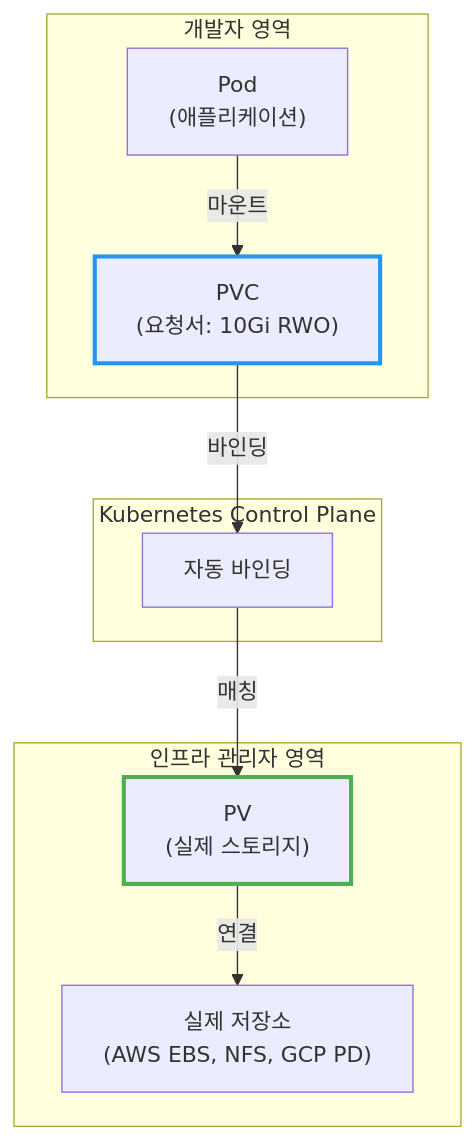
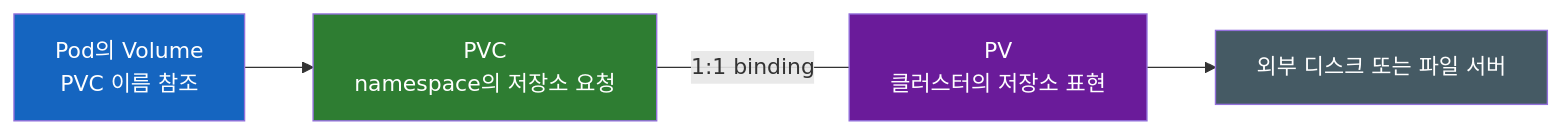
The diagram in kubernetes/Kubernetes-Volume-PersistentVolume.md (sskim91/TIL), drawn with Mermaid before and after one commit. The commit also changed other lines of this file and 39 other files, not shown here.

````diff
--- a/kubernetes/Kubernetes-Volume-PersistentVolume.md
+++ b/kubernetes/Kubernetes-Volume-PersistentVolume.md
@@ -9,24 +66,10 @@
 ```mermaid
-flowchart TB
-    subgraph "개발자 영역"
-        Pod["Pod<br>(애플리케이션)"]
-        PVC["PVC<br>(요청서: 10Gi RWO)"]
-    end
-
-    subgraph "Kubernetes Control Plane"
-        Bind["자동 바인딩"]
-    end
-
-    subgraph "인프라 관리자 영역"
-        PV["PV<br>(실제 스토리지)"]
-        Storage["실제 저장소<br>(AWS EBS, NFS, GCP PD)"]
-    end
-
-    Pod -->|"마운트"| PVC
-    PVC -->|"바인딩"| Bind
-    Bind -->|"매칭"| PV
-    PV -->|"연결"| Storage
-
-    style PVC stroke:#2196F3,stroke-width:3px
-    style PV stroke:#4CAF50,stroke-width:3px
+flowchart LR
+    Pod["Pod의 Volume<br>PVC 이름 참조"] --> PVC["PVC<br>namespace의 저장소 요청"]
+    PVC ---|"1:1 binding"| PV["PV<br>클러스터의 저장소 표현"]
+    PV --> Storage["외부 디스크 또는 파일 서버"]
+    style Pod fill:#1565C0,color:#fff
+    style PVC fill:#2E7D32,color:#fff
+    style PV fill:#6A1B9A,color:#fff
+    style Storage fill:#455A64,color:#fff
 ```
````
